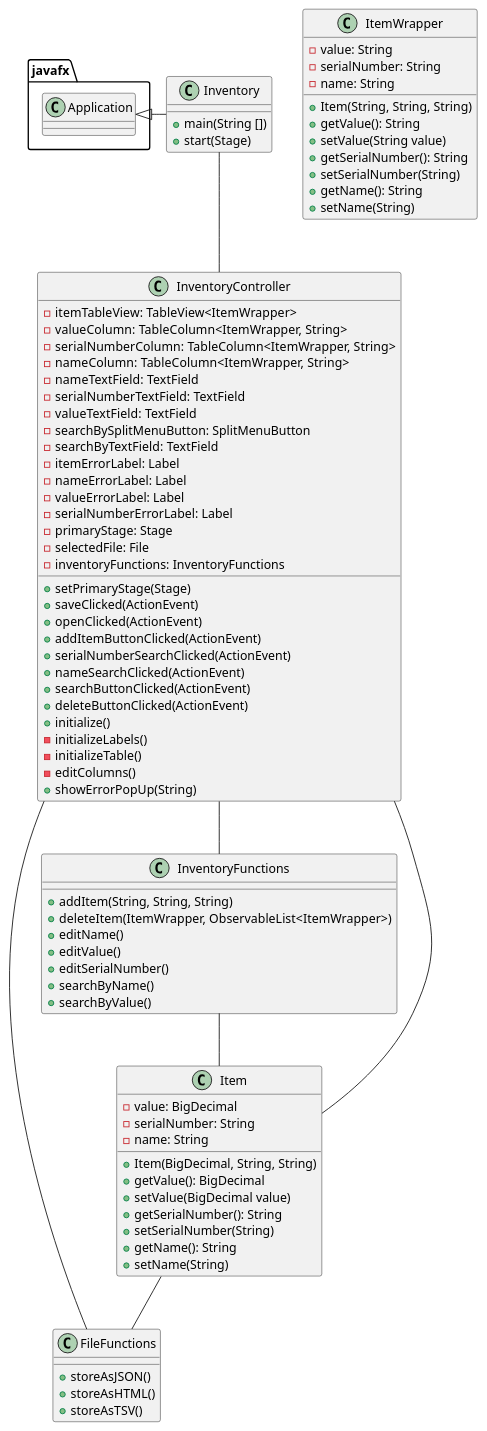
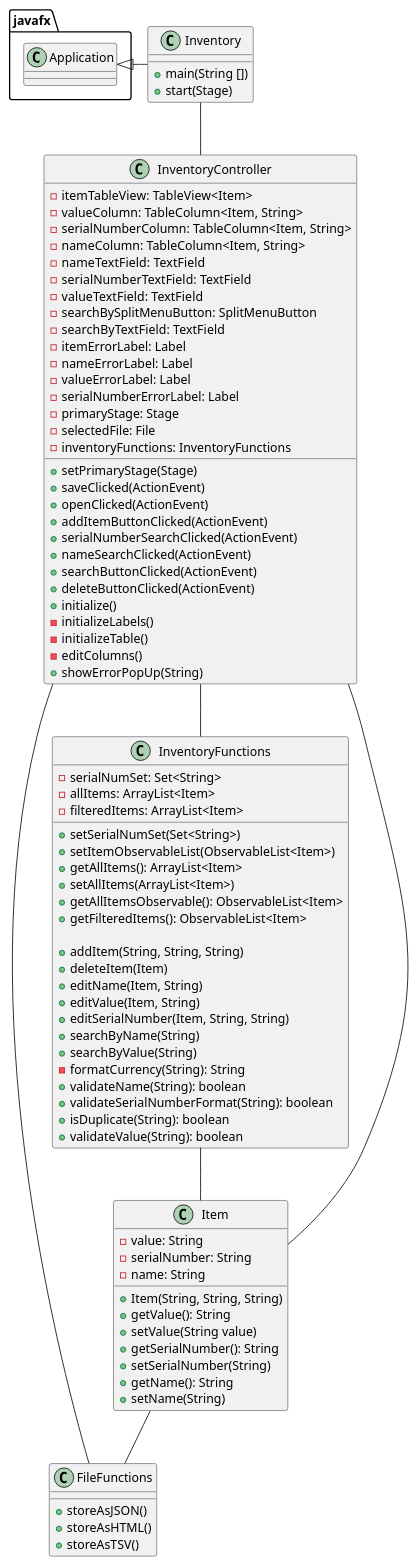
Before and after one commit to ivy-nguyen18/nguyen-6246-a5: the diagram in uml/InventoryApp.puml, drawn with PlantUML. The commit also changed 1 other file, not shown here.

Commit message:
plant uml Inventory Controller updated (should be final)

```diff
--- a/uml/InventoryApp.puml
+++ b/uml/InventoryApp.puml
@@ -1,96 +1,98 @@
 @startuml
 'https://plantuml.com/class-diagram
 
 class FileFunctions{
     + storeAsJSON()
     + storeAsHTML()
     + storeAsTSV()
 }
 
 class Inventory{
     + main(String [])
     + start(Stage)
 }
 
 class InventoryController{
-    - itemTableView: TableView<ItemWrapper>
-    - valueColumn: TableColumn<ItemWrapper, String>
-    - serialNumberColumn: TableColumn<ItemWrapper, String>
-    - nameColumn: TableColumn<ItemWrapper, String>
+    - itemTableView: TableView<Item>
+    - valueColumn: TableColumn<Item, String>
+    - serialNumberColumn: TableColumn<Item, String>
+    - nameColumn: TableColumn<Item, String>
     - nameTextField: TextField
     - serialNumberTextField: TextField
     - valueTextField: TextField
     - searchBySplitMenuButton: SplitMenuButton
     - searchByTextField: TextField
     - itemErrorLabel: Label
     - nameErrorLabel: Label
     - valueErrorLabel: Label
     - serialNumberErrorLabel: Label
     - primaryStage: Stage
     - selectedFile: File
     - inventoryFunctions: InventoryFunctions
 
     + setPrimaryStage(Stage)
     + saveClicked(ActionEvent)
     + openClicked(ActionEvent)
     + addItemButtonClicked(ActionEvent)
     + serialNumberSearchClicked(ActionEvent)
     + nameSearchClicked(ActionEvent)
     + searchButtonClicked(ActionEvent)
     + deleteButtonClicked(ActionEvent)
     + initialize()
     - initializeLabels()
     - initializeTable()
     - editColumns()
     + showErrorPopUp(String)
 }
 
 class InventoryFunctions{
+    - serialNumSet: Set<String>
+    - allItems: ArrayList<Item>
+    - filteredItems: ArrayList<Item>
+
+    + setSerialNumSet(Set<String>)
+    + setItemObservableList(ObservableList<Item>)
+    + getAllItems(): ArrayList<Item>
+    + setAllItems(ArrayList<Item>)
+    + getAllItemsObservable(): ObservableList<Item>
+    + getFilteredItems(): ObservableList<Item>
+
     + addItem(String, String, String)
-    + deleteItem(ItemWrapper, ObservableList<ItemWrapper>)
-    + editName()
-    + editValue()
-    + editSerialNumber()
-    + searchByName()
-    + searchByValue()
+    + deleteItem(Item)
+    + editName(Item, String)
+    + editValue(Item, String)
+    + editSerialNumber(Item, String, String)
+    + searchByName(String)
+    + searchByValue(String)
+    - formatCurrency(String): String
+    + validateName(String): boolean
+    + validateSerialNumberFormat(String): boolean
+    + isDuplicate(String): boolean
+    + validateValue(String): boolean
 }
 
 class Item{
-    - value: BigDecimal
-    - serialNumber: String
-    - name: String
-
-    + Item(BigDecimal, String, String)
-    + getValue(): BigDecimal
-    + setValue(BigDecimal value)
-    + getSerialNumber(): String
-    + setSerialNumber(String)
-    + getName(): String
-    + setName(String)
-}
-
-class ItemWrapper{
     - value: String
     - serialNumber: String
     - name: String
 
     + Item(String, String, String)
     + getValue(): String
     + setValue(String value)
     + getSerialNumber(): String
     + setSerialNumber(String)
     + getName(): String
     + setName(String)
 }
 
 javafx.Application <|- Inventory
 Inventory -- InventoryController
 InventoryController -- InventoryFunctions
 InventoryController -- Item
 InventoryFunctions -- Item
 FileFunctions -- InventoryController
 Item -- FileFunctions
 
 
 
 @enduml
```
